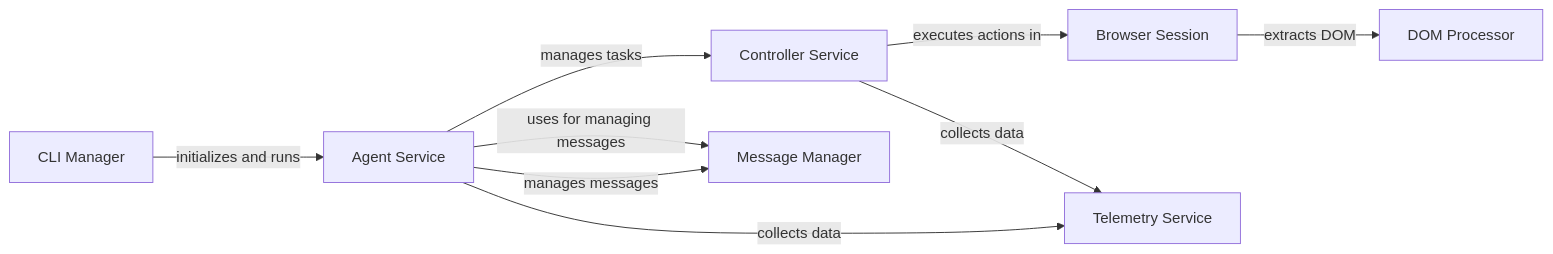
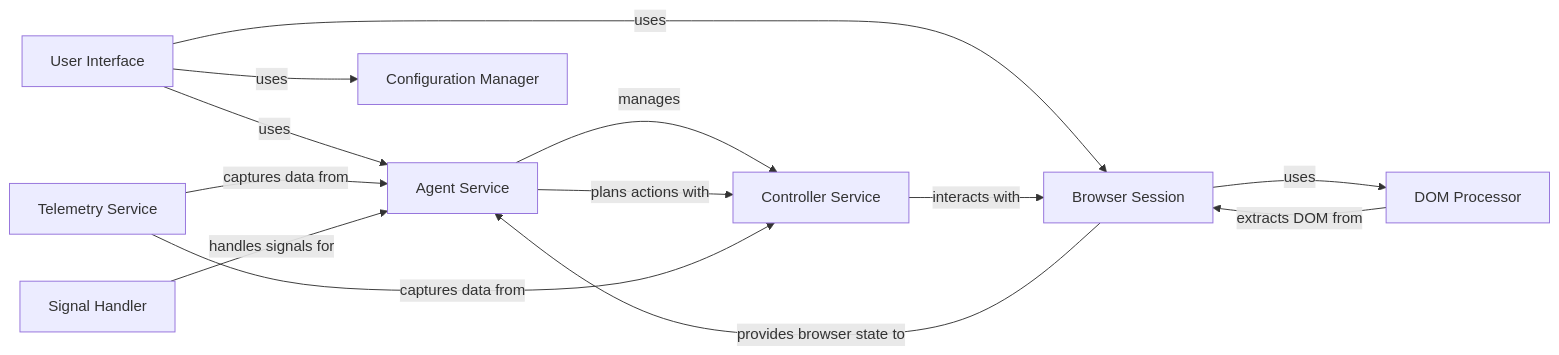
The diagram in browser-use/on_boarding.md (CodeBoarding/GeneratedOnBoardings), drawn with Mermaid before and after one commit. The commit also changed other lines of this file and 10 other files, not shown here.

````diff
--- a/browser-use/on_boarding.md
+++ b/browser-use/on_boarding.md
@@ -1,25 +1,23 @@
 ```mermaid
 graph LR
-    CLI_Manager["CLI Manager"]
+    User_Interface["User Interface"]
     Agent_Service["Agent Service"]
     Controller_Service["Controller Service"]
     Browser_Session["Browser Session"]
     DOM_Processor["DOM Processor"]
-    Message_Manager["Message Manager"]
     Telemetry_Service["Telemetry Service"]
-    CLI_Manager -- "initializes and runs" --> Agent_Service
-    Agent_Service -- "manages tasks" --> Controller_Service
-    Controller_Service -- "executes actions in" --> Browser_Session
-    Browser_Session -- "extracts DOM" --> DOM_Processor
-    Agent_Service -- "manages messages" --> Message_Manager
-    Agent_Service -- "collects data" --> Telemetry_Service
-    Controller_Service -- "collects data" --> Telemetry_Service
-    Agent_Service -- "uses for managing messages" --> Message_Manager
-    click CLI_Manager href "https://github.com/CodeBoarding/GeneratedOnBoardings/blob/main/browser-use/CLI Manager.md" "Details"
-    click Agent_Service href "https://github.com/CodeBoarding/GeneratedOnBoardings/blob/main/browser-use/Agent Service.md" "Details"
-    click Controller_Service href "https://github.com/CodeBoarding/GeneratedOnBoardings/blob/main/browser-use/Controller Service.md" "Details"
-    click Browser_Session href "https://github.com/CodeBoarding/GeneratedOnBoardings/blob/main/browser-use/Browser Session.md" "Details"
-    click DOM_Processor href "https://github.com/CodeBoarding/GeneratedOnBoardings/blob/main/browser-use/DOM Processor.md" "Details"
-    click Message_Manager href "https://github.com/CodeBoarding/GeneratedOnBoardings/blob/main/browser-use/Message Manager.md" "Details"
-    click Telemetry_Service href "https://github.com/CodeBoarding/GeneratedOnBoardings/blob/main/browser-use/Telemetry Service.md" "Details"
+    Configuration_Manager["Configuration Manager"]
+    Signal_Handler["Signal Handler"]
+    User_Interface -- "uses" --> Configuration_Manager
+    User_Interface -- "uses" --> Agent_Service
+    User_Interface -- "uses" --> Browser_Session
+    Agent_Service -- "manages" --> Controller_Service
+    Agent_Service -- "plans actions with" --> Controller_Service
+    Controller_Service -- "interacts with" --> Browser_Session
+    DOM_Processor -- "extracts DOM from" --> Browser_Session
+    Telemetry_Service -- "captures data from" --> Agent_Service
+    Telemetry_Service -- "captures data from" --> Controller_Service
+    Signal_Handler -- "handles signals for" --> Agent_Service
+    Browser_Session -- "provides browser state to" --> Agent_Service
+    Browser_Session -- "uses" --> DOM_Processor
 ```
````
